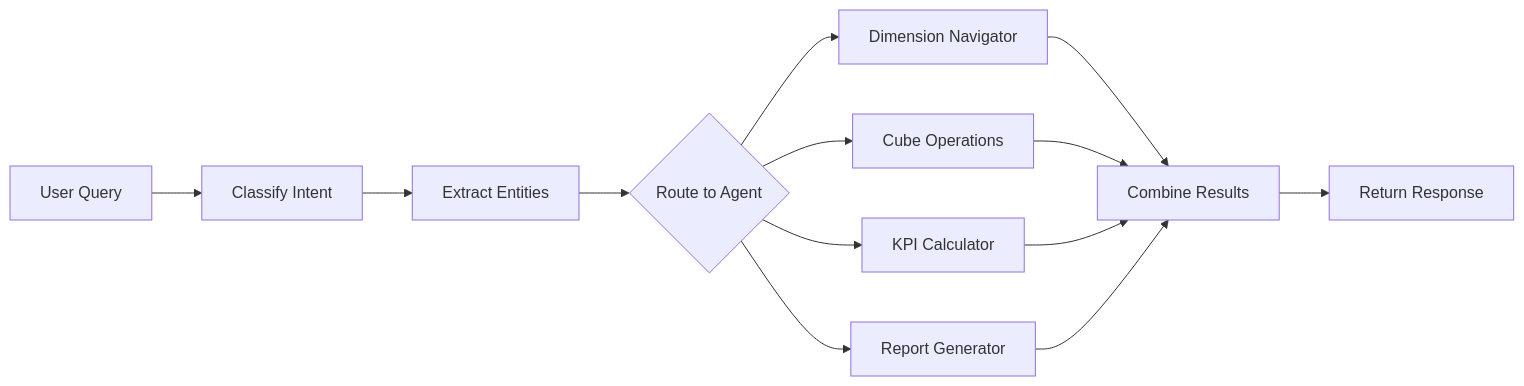
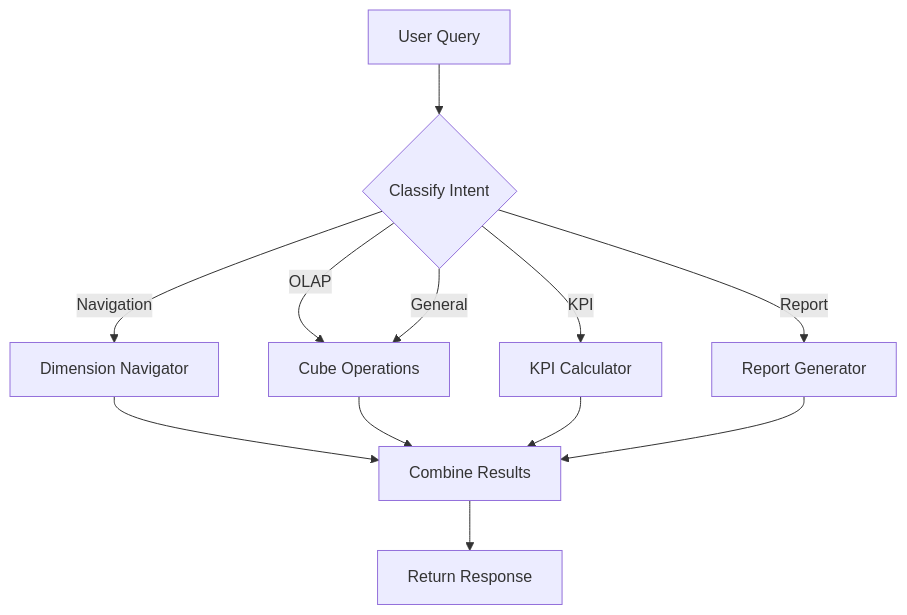
The diagram in docs/AGENT_SPECIFICATIONS.md (florjanmani/OLAP-Assistant), drawn with Mermaid before and after one commit. The commit also changed other lines of this file and 1 other file, not shown here.

````diff
--- a/docs/AGENT_SPECIFICATIONS.md
+++ b/docs/AGENT_SPECIFICATIONS.md
@@ -198,15 +396,14 @@
 ```mermaid
-graph LR
-    Query[User Query] --> Classify[Classify Intent]
-    Classify --> Extract[Extract Entities]
-    Extract --> Route{Route to Agent}
-    Route --> DN[Dimension Navigator]
-    Route --> CO[Cube Operations]
-    Route --> KPI[KPI Calculator]
-    Route --> RG[Report Generator]
-    DN --> Combine[Combine Results]
-    CO --> Combine
-    KPI --> Combine
-    RG --> Combine
-    Combine --> Response[Return Response]
+graph TD
+    A[User Query] --> B{Classify Intent}
+    B -->|Navigation| C[Dimension Navigator]
+    B -->|OLAP| D[Cube Operations]
+    B -->|KPI| E[KPI Calculator]
+    B -->|Report| F[Report Generator]
+    B -->|General| D
+    C --> G[Combine Results]
+    D --> G
+    E --> G
+    F --> G
+    G --> H[Return Response]
 ```
````
